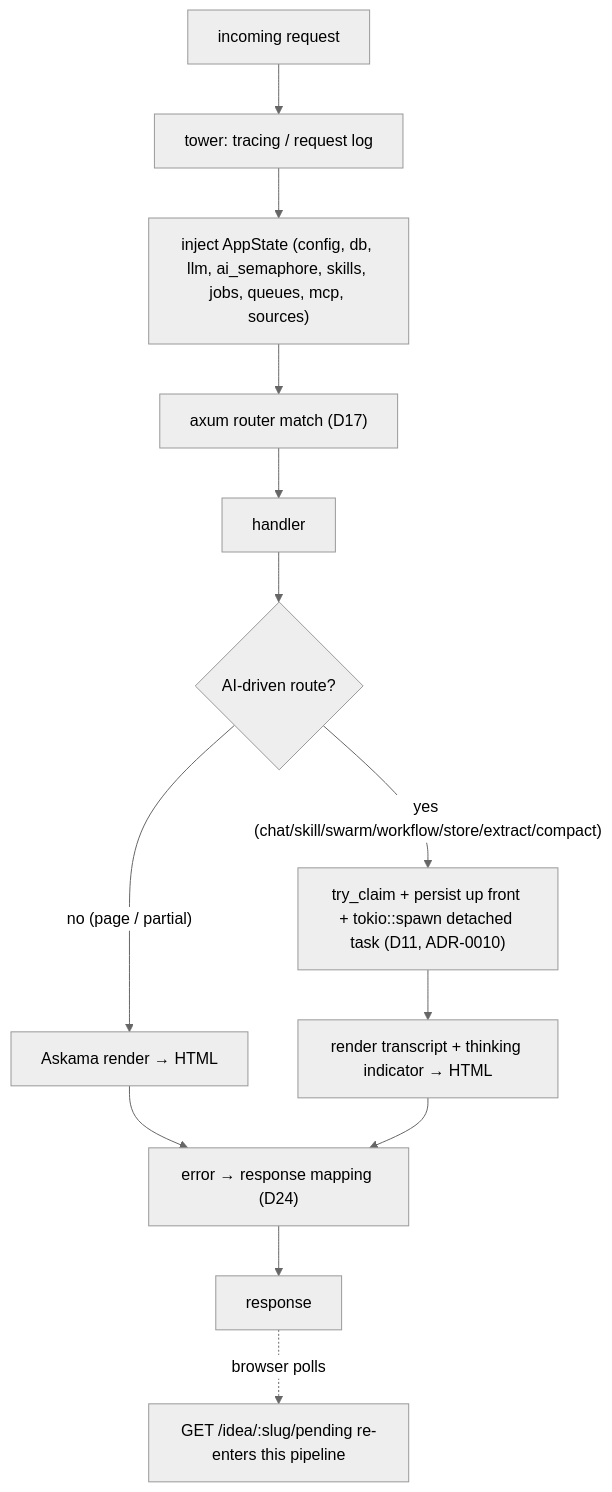
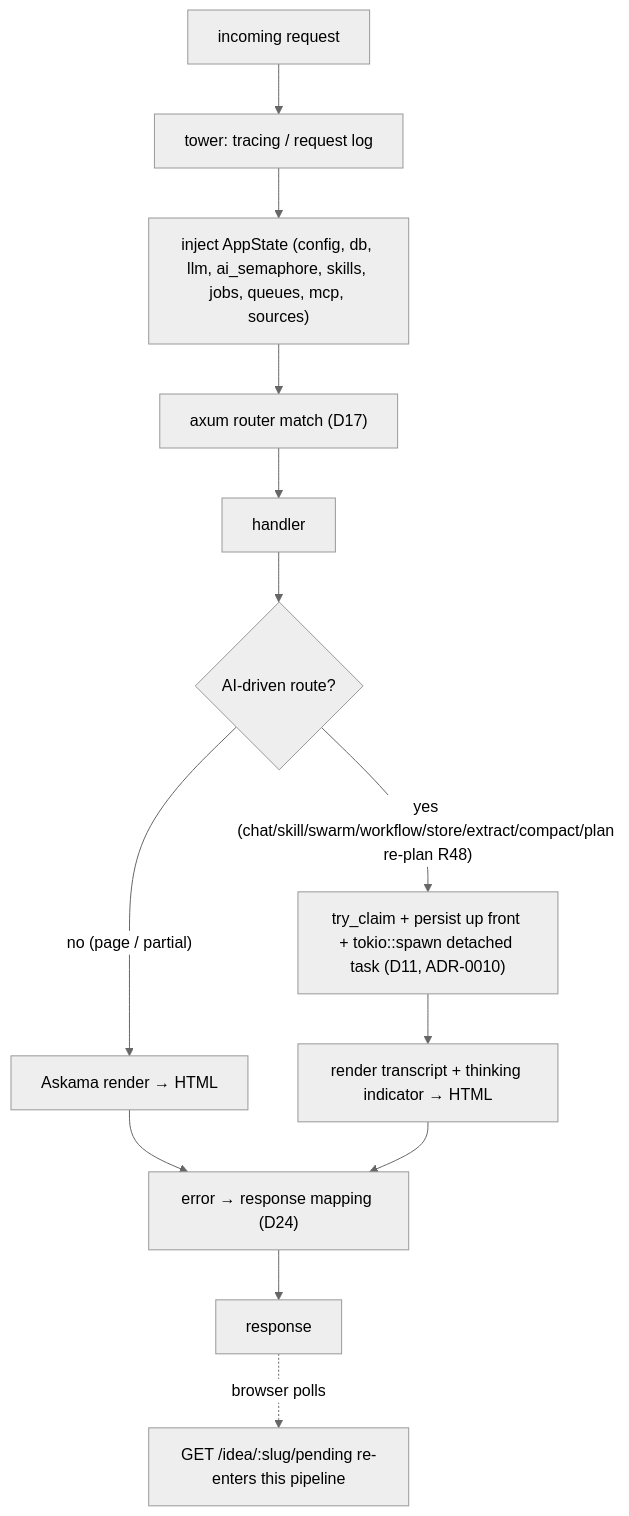
One commit to jasdian/idea-vault changed the second of 2 diagrams in docs/09-web-ui.md. Above: the diagram before and after it, drawn with Mermaid (neutral theme). The commit also changed other lines of this file and 16 other files, not shown here.

Commit message:
docs(plan-workbench): ADR-0032/0033, D33/D34, R46-R48, MCP replay and plan tools

````diff
--- a/docs/09-web-ui.md
+++ b/docs/09-web-ui.md
@@ -193,15 +219,15 @@
 ```mermaid
 flowchart TD
     REQ["incoming request"] --> TRACE["tower: tracing / request log"]
     TRACE --> STATE["inject AppState (config, db, llm, ai_semaphore, skills, jobs, queues, mcp, sources)"]
     STATE --> ROUTE["axum router match (D17)"]
     ROUTE --> HANDLER["handler"]
     HANDLER --> BRANCH{"AI-driven route?"}
     BRANCH -- "no (page / partial)" --> RENDER["Askama render → HTML"]
-    BRANCH -- "yes (chat/skill/swarm/workflow/store/extract/compact)" --> JOBBR["try_claim + persist up front + tokio::spawn detached task (D11, ADR-0010)"]
+    BRANCH -- "yes (chat/skill/swarm/workflow/store/extract/compact/plan re-plan R48)" --> JOBBR["try_claim + persist up front + tokio::spawn detached task (D11, ADR-0010)"]
     JOBBR --> RENDER2["render transcript + thinking indicator → HTML"]
     RENDER --> ERRMAP
     RENDER2 --> ERRMAP
     ERRMAP["error → response mapping (D24)"] --> RESP["response"]
     RESP -.->|"browser polls"| POLL["GET /idea/:slug/pending re-enters this pipeline"]
 ```
````
